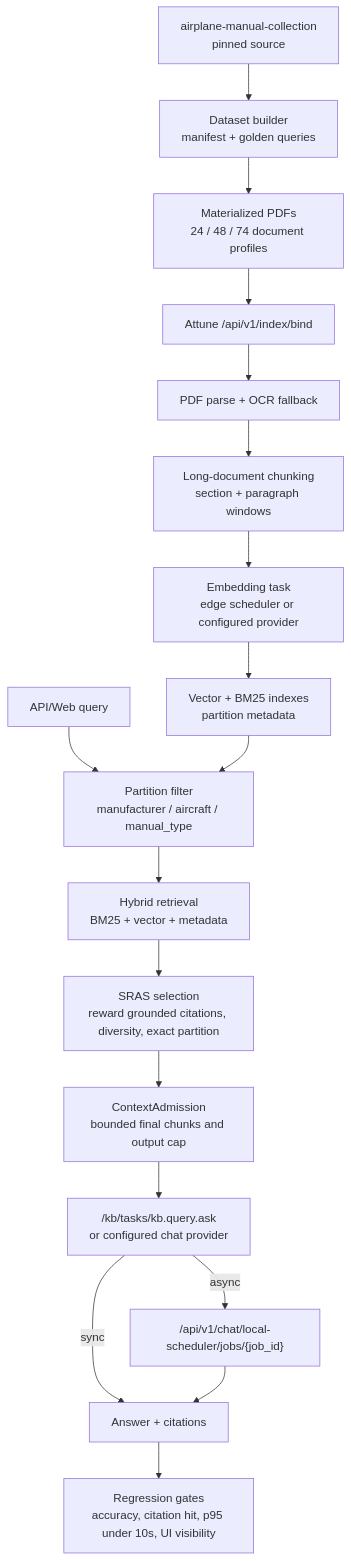
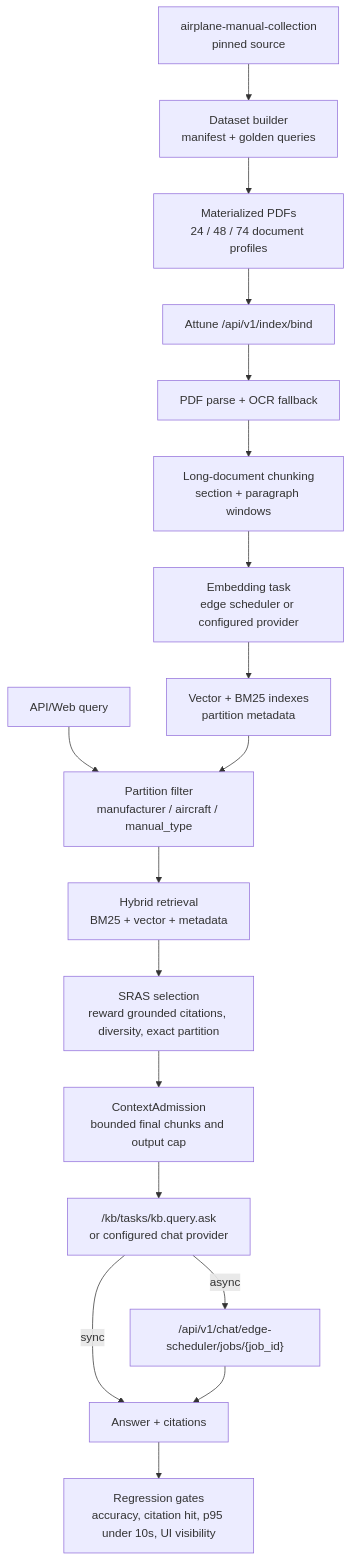
The diagram in docs/benchmarks/2026-07-08-airplane-manual-longtext-kb-dataset.md (qiurui144/attune), drawn with Mermaid before and after one commit. The commit also changed other lines of this file and 21 other files, not shown here.

````diff
--- a/docs/benchmarks/2026-07-08-airplane-manual-longtext-kb-dataset.md
+++ b/docs/benchmarks/2026-07-08-airplane-manual-longtext-kb-dataset.md
@@ -62,28 +62,28 @@
 ```mermaid
 flowchart TD
   Repo["airplane-manual-collection<br/>pinned source"]
   Builder["Dataset builder<br/>manifest + golden queries"]
   Pdfs["Materialized PDFs<br/>24 / 48 / 74 document profiles"]
   Bind["Attune /api/v1/index/bind"]
   Parse["PDF parse + OCR fallback"]
   Chunk["Long-document chunking<br/>section + paragraph windows"]
   Embed["Embedding task<br/>edge scheduler or configured provider"]
   Index["Vector + BM25 indexes<br/>partition metadata"]
 
   Query["API/Web query"]
   Partition["Partition filter<br/>manufacturer / aircraft / manual_type"]
   Hybrid["Hybrid retrieval<br/>BM25 + vector + metadata"]
   SRAS["SRAS selection<br/>reward grounded citations, diversity, exact partition"]
   Admission["ContextAdmission<br/>bounded final chunks and output cap"]
   Ask["/kb/tasks/kb.query.ask<br/>or configured chat provider"]
-  Jobs["/api/v1/chat/local-scheduler/jobs/{job_id}"]
+  Jobs["/api/v1/chat/edge-scheduler/jobs/{job_id}"]
   Answer["Answer + citations"]
   Gates["Regression gates<br/>accuracy, citation hit, p95 under 10s, UI visibility"]
 
   Repo --> Builder --> Pdfs --> Bind --> Parse --> Chunk --> Embed --> Index
   Query --> Partition --> Hybrid --> SRAS --> Admission --> Ask
   Index --> Partition
   Ask -->|sync| Answer
   Ask -->|async| Jobs --> Answer
   Answer --> Gates
 ```
````
